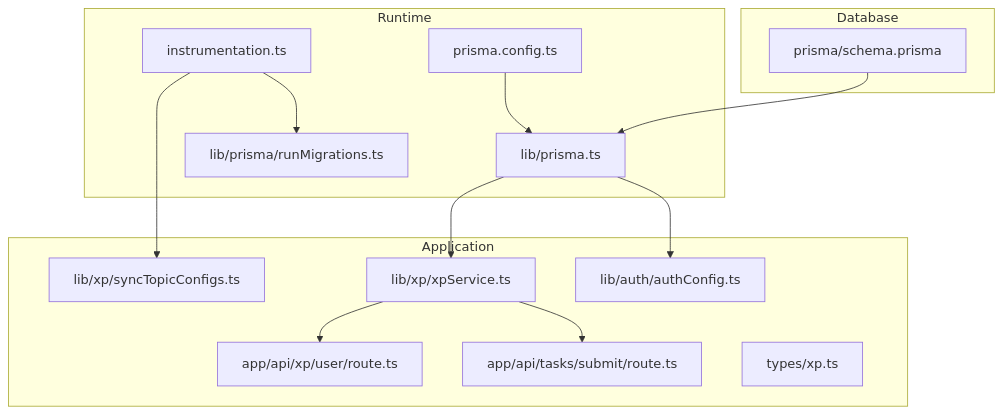
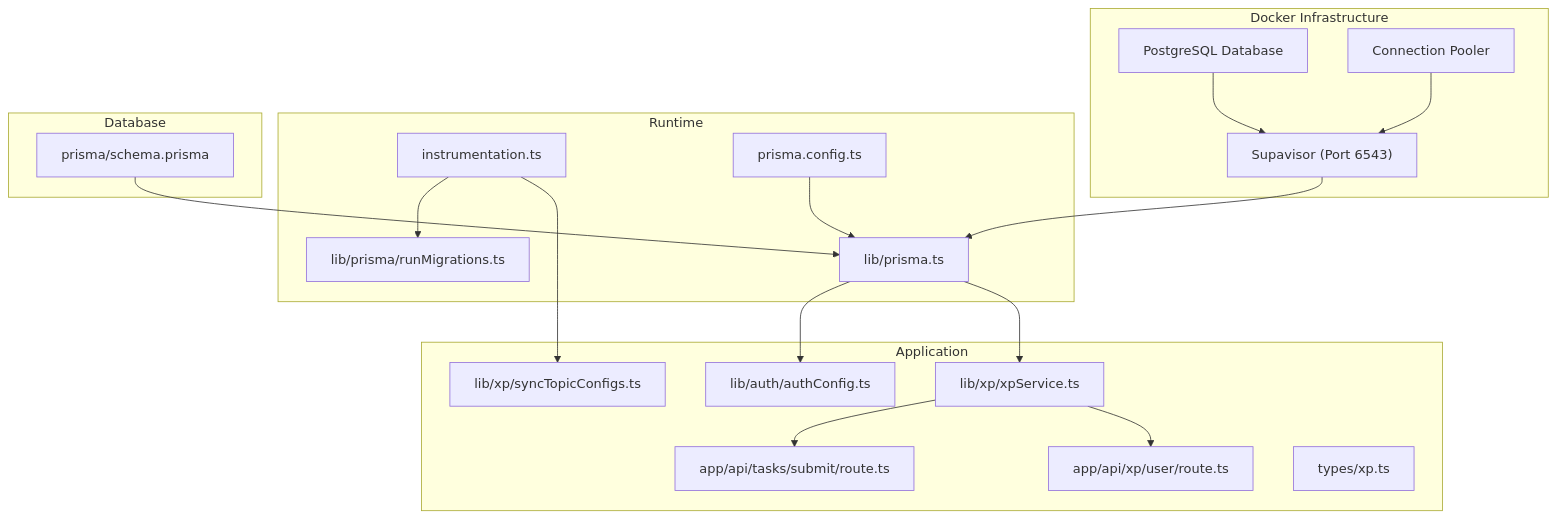
The first of 11 diagrams in .qoder/repowiki/en/content/Architecture & Design/Database Design & Integration.md (AlexKutz/math-app-next-js), drawn with Mermaid before and after one commit. The commit also changed other lines of this file and 9 other files, not shown here.

````diff
--- a/.qoder/repowiki/en/content/Architecture & Design/Database Design & Integration.md
+++ b/.qoder/repowiki/en/content/Architecture & Design/Database Design & Integration.md
@@ -43,28 +55,36 @@
 ```mermaid
 graph TB
+subgraph "Docker Infrastructure"
+SUPAVISOR["Supavisor (Port 6543)"]
+DB["PostgreSQL Database"]
+POOLER["Connection Pooler"]
+end
 subgraph "Runtime"
 INST["instrumentation.ts"]
 PRISMA_CFG["prisma.config.ts"]
 PRISMA_TS["lib/prisma.ts"]
 RUN_MIGR["lib/prisma/runMigrations.ts"]
 end
 subgraph "Database"
 SCHEMA["prisma/schema.prisma"]
 end
 subgraph "Application"
 AUTH["lib/auth/authConfig.ts"]
 SYNC["lib/xp/syncTopicConfigs.ts"]
 XP["lib/xp/xpService.ts"]
 API_TASK["app/api/tasks/submit/route.ts"]
 API_XP["app/api/xp/user/route.ts"]
 TYPES["types/xp.ts"]
 end
 INST --> RUN_MIGR
 INST --> SYNC
 PRISMA_CFG --> PRISMA_TS
 PRISMA_TS --> AUTH
 PRISMA_TS --> XP
 XP --> API_TASK
 XP --> API_XP
 SCHEMA --> PRISMA_TS
+SUPAVISOR --> PRISMA_TS
+DB --> SUPAVISOR
+POOLER --> SUPAVISOR
 ```
````
